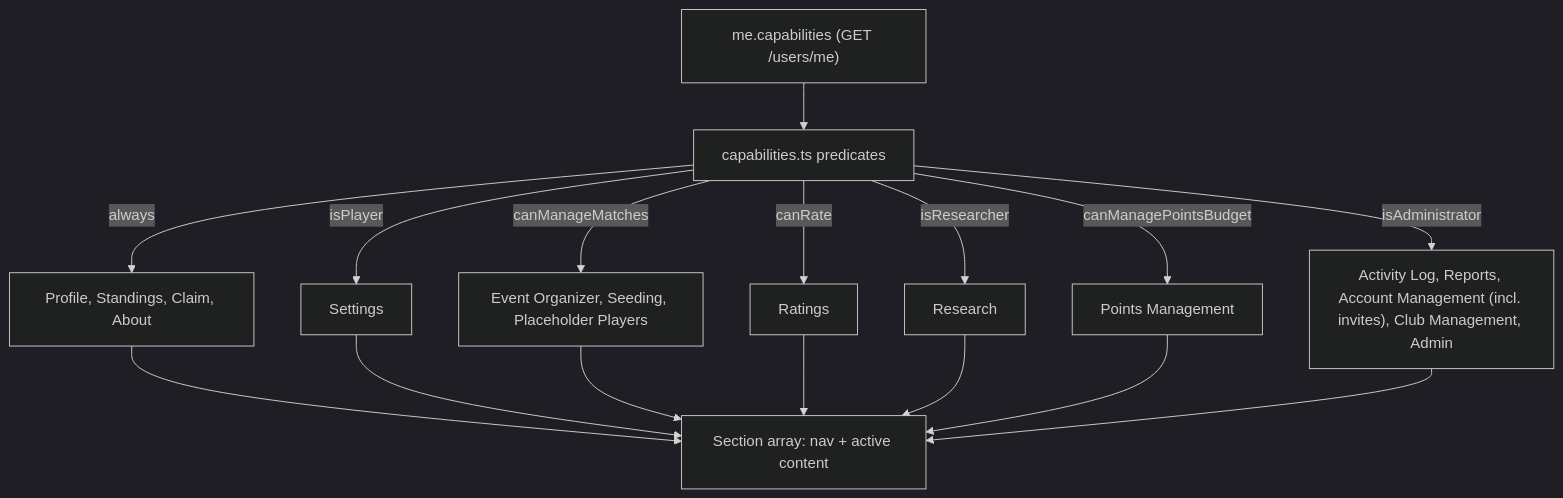
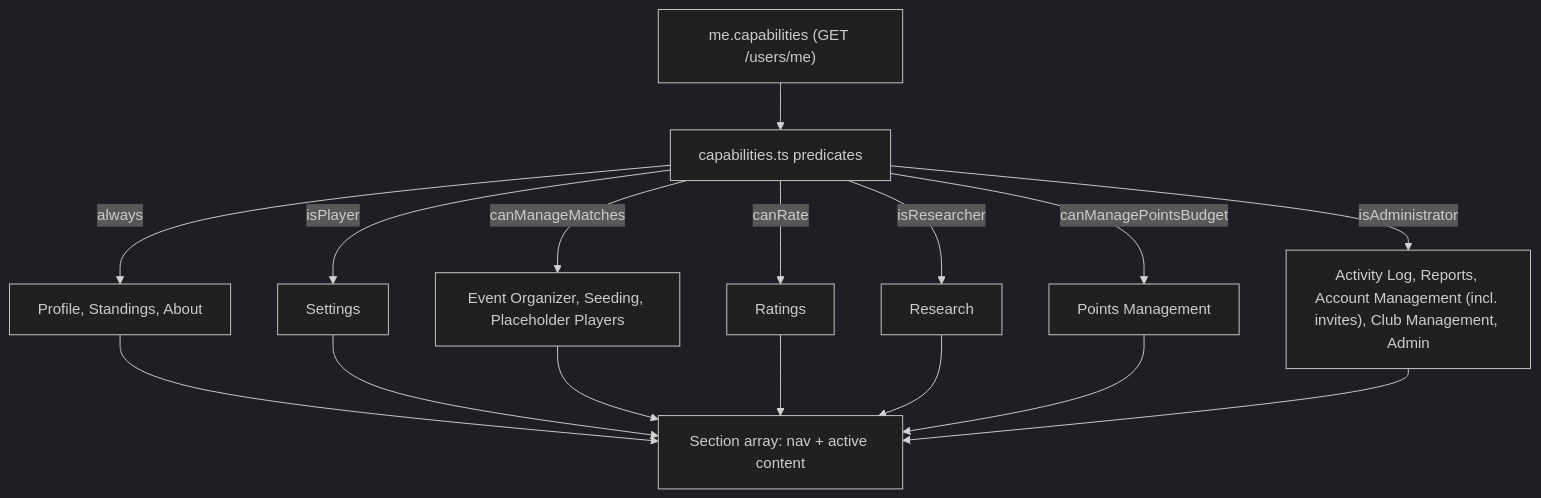
One commit to cybergrouch/skopeo changed the fifth of 5 diagrams in docs/engineering/architecture/WEB_UI_ARCHITECTURE.md. Above: the diagram before and after it, drawn with Mermaid (dark theme). The commit also changed other lines of this file and 7 other files, not shown here.

First line of the commit message:
feat(web): relocate placeholder-account claim to the Profile tab (#727)

````diff
--- a/docs/engineering/architecture/WEB_UI_ARCHITECTURE.md
+++ b/docs/engineering/architecture/WEB_UI_ARCHITECTURE.md
@@ -263,18 +268,18 @@
 ```mermaid
 flowchart TD
     Me["me.capabilities (GET /users/me)"] --> Pred["capabilities.ts predicates"]
-    Pred -->|always| Always["Profile, Standings, Claim, About"]
+    Pred -->|always| Always["Profile, Standings, About"]
     Pred -->|isPlayer| Settings[Settings]
     Pred -->|canManageMatches| Org["Event Organizer, Seeding, Placeholder Players"]
     Pred -->|canRate| Ratings[Ratings]
     Pred -->|isResearcher| Research[Research]
     Pred -->|canManagePointsBudget| Points[Points Management]
     Pred -->|isAdministrator| Adm["Activity Log, Reports, Account Management (incl. invites), Club Management, Admin"]
     Always --> Sec["Section array: nav + active content"]
     Settings --> Sec
     Org --> Sec
     Ratings --> Sec
     Research --> Sec
     Points --> Sec
     Adm --> Sec
 ```
````
